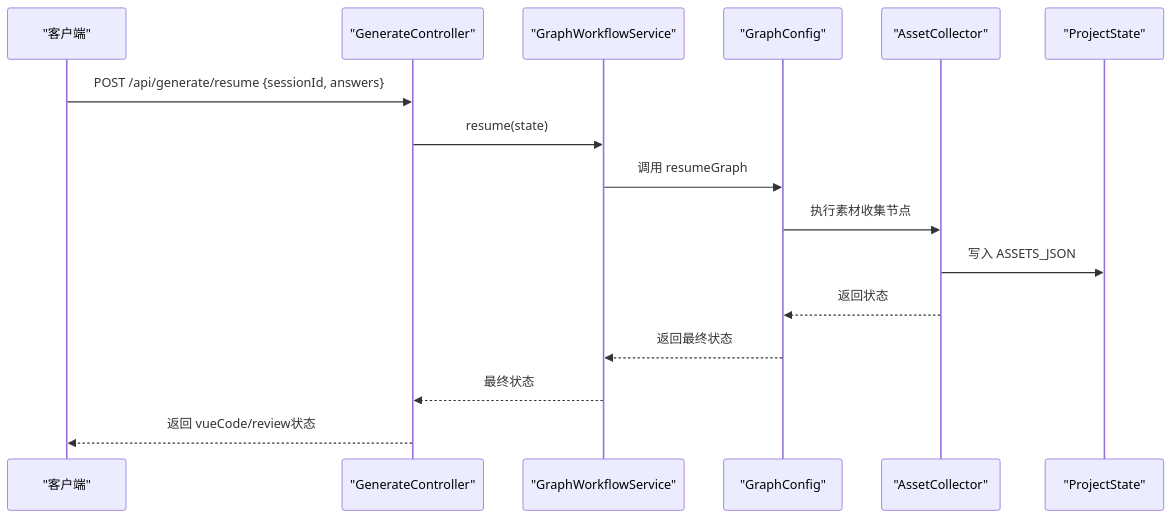
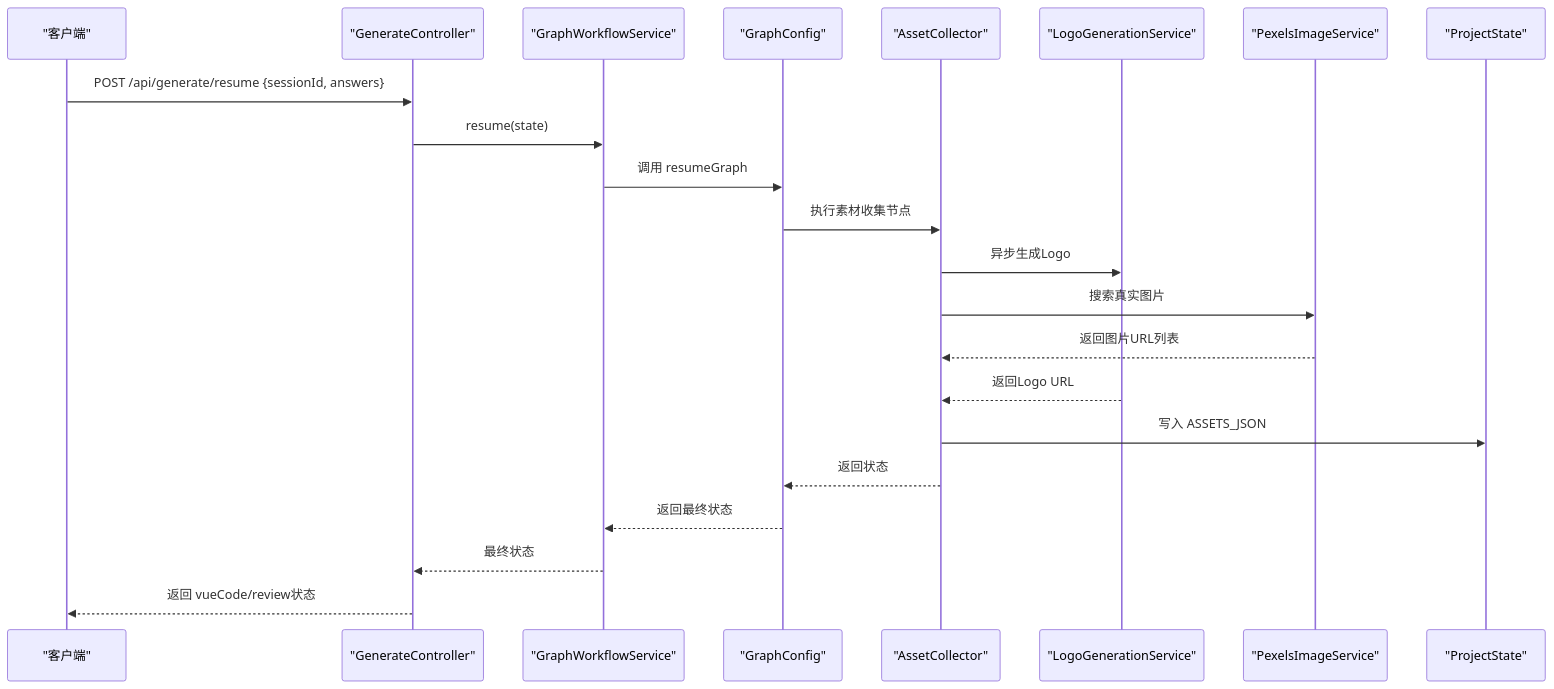
One commit to CyanYuKi/WebSiteFrontendCodeMother changed the second of 8 diagrams in .qoder/repowiki/zh/content/AI工作流系统/AI节点分析/素材收集节点.md. Above: the diagram before and after it, drawn with Mermaid. The commit also changed other lines of this file and 21 other files, not shown here.

````diff
--- a/.qoder/repowiki/zh/content/AI工作流系统/AI节点分析/素材收集节点.md
+++ b/.qoder/repowiki/zh/content/AI工作流系统/AI节点分析/素材收集节点.md
@@ -102,18 +120,24 @@
 ```mermaid
 sequenceDiagram
 participant C as "客户端"
 participant CTRL as "GenerateController"
 participant GWS as "GraphWorkflowService"
 participant GC as "GraphConfig"
 participant AC as "AssetCollector"
+participant LGS as "LogoGenerationService"
+participant PIS as "PexelsImageService"
 participant PS as "ProjectState"
 C->>CTRL : POST /api/generate/resume {sessionId, answers}
 CTRL->>GWS : resume(state)
 GWS->>GC : 调用 resumeGraph
 GC->>AC : 执行素材收集节点
+AC->>LGS : 异步生成Logo
+AC->>PIS : 搜索真实图片
+PIS-->>AC : 返回图片URL列表
+LGS-->>AC : 返回Logo URL
 AC->>PS : 写入 ASSETS_JSON
 AC-->>GC : 返回状态
 GC-->>GWS : 返回最终状态
 GWS-->>CTRL : 最终状态
 CTRL-->>C : 返回 vueCode/review状态
 ```
````
